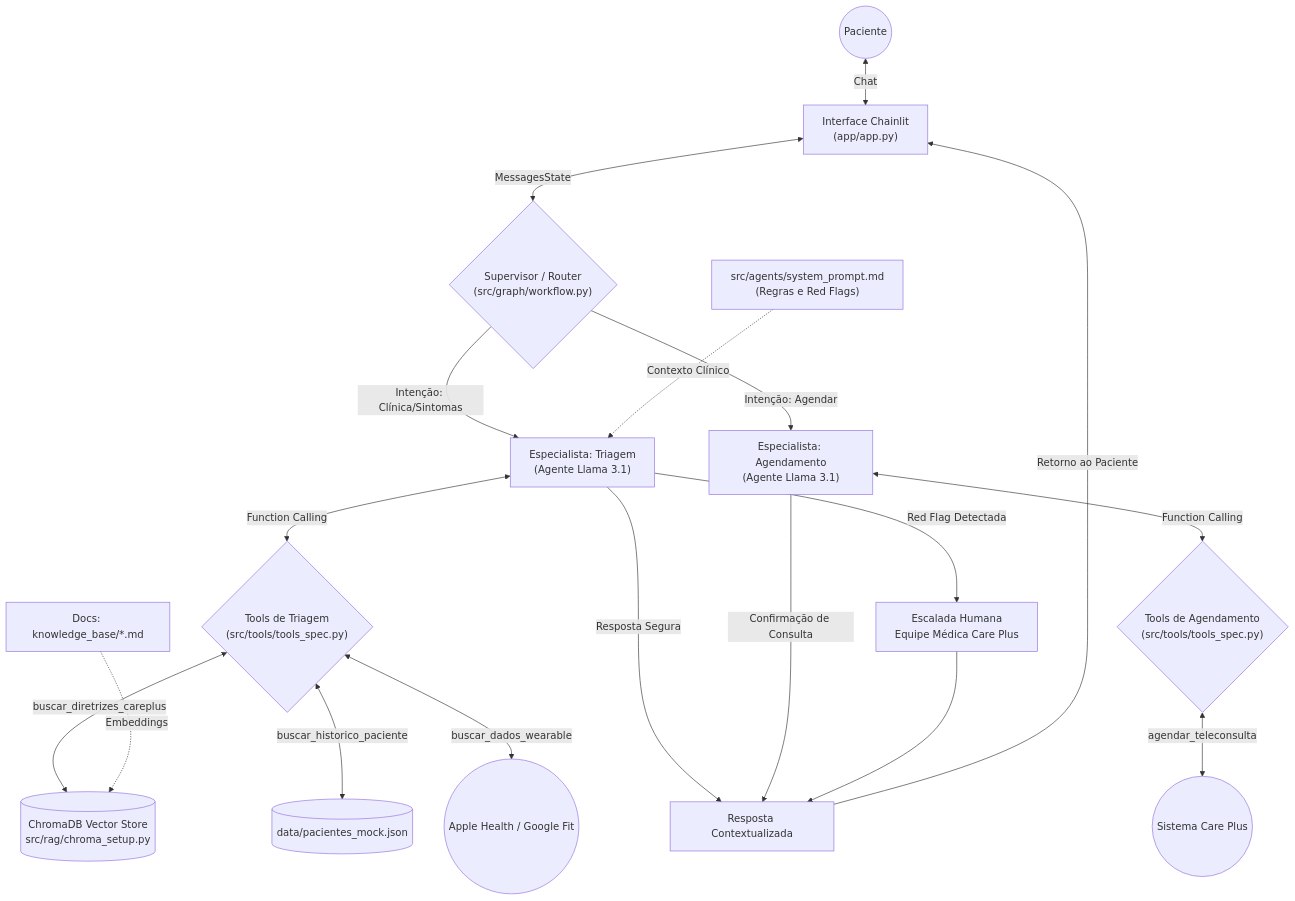
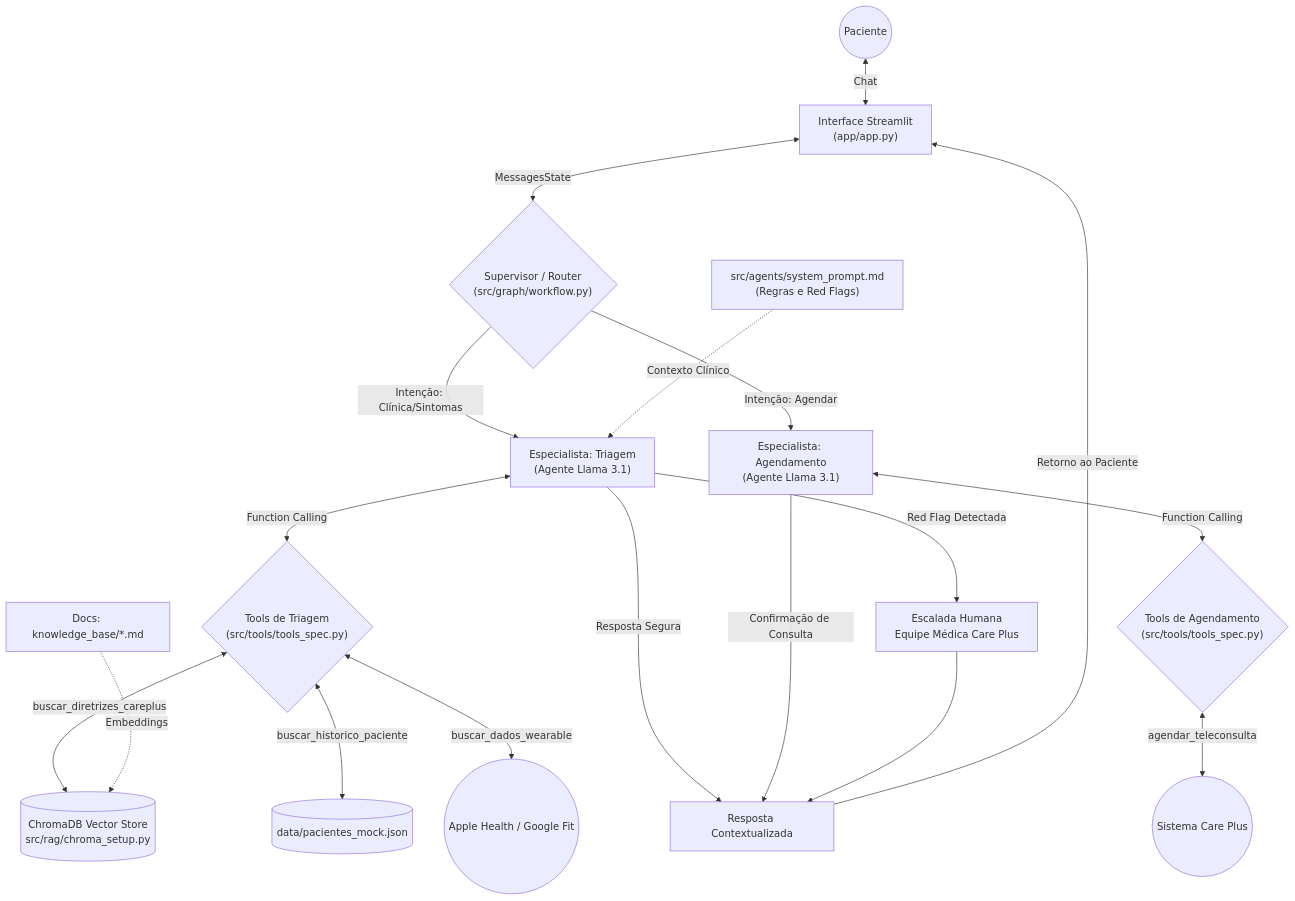
One commit to juiyya/BluaDiagnostics-Sprint4 changed the diagram in docs/arquitetura.md. Above: the diagram before and after it, drawn with Mermaid. The commit also changed 9 other files, not shown here.

````diff
--- a/docs/arquitetura.md
+++ b/docs/arquitetura.md
@@ -1,37 +1,37 @@
 ```mermaid
 flowchart TD
     %% 1. User Interaction
-    User((Paciente)) <-->|Chat| App["Interface Chainlit<br>(app/app.py)"]
+    User((Paciente)) <-->|Chat| App["Interface Streamlit<br>(app/app.py)"]
 
     %% 2. LangGraph Entry
     App <-->|MessagesState| Supervisor{"Supervisor / Router<br>(src/graph/workflow.py)"}
 
     %% 3. Multi-Agent Routing (Llama 3.1)
     Supervisor -->|Intenção: Clínica/Sintomas| AgenteTriagem["Especialista: Triagem<br>(Agente Llama 3.1)"]
     Supervisor -->|Intenção: Agendar| AgenteAgendamento["Especialista: Agendamento<br>(Agente Llama 3.1)"]
 
     %% 4. System Prompt & Guardrails
     SysPrompt["src/agents/system_prompt.md<br>(Regras e Red Flags)"] -.->|Contexto Clínico| AgenteTriagem
 
     %% 5. Tools - Agente de Triagem
     AgenteTriagem <-->|Function Calling| ToolsTriagem{"Tools de Triagem<br>(src/tools/tools_spec.py)"}
     
     ToolsTriagem <-->|buscar_diretrizes_careplus| RAG[(ChromaDB Vector Store<br>src/rag/chroma_setup.py)]
     ToolsTriagem <-->|buscar_historico_paciente| MockDB[(data/pacientes_mock.json)]
     ToolsTriagem <-->|buscar_dados_wearable| Wearable((Apple Health / Google Fit))
 
     %% Ingestão RAG (Background)
     KB_Docs[Docs: knowledge_base/*.md] -.->|Embeddings| RAG
 
     %% 6. Tools - Agente de Agendamento
     AgenteAgendamento <-->|Function Calling| ToolsAgendamento{"Tools de Agendamento<br>(src/tools/tools_spec.py)"}
     ToolsAgendamento <-->|agendar_teleconsulta| Agenda((Sistema Care Plus))
 
     %% 7. Resposta e Escalada
     AgenteTriagem -->|Red Flag Detectada| Escalada["Escalada Humana<br>Equipe Médica Care Plus"]
     AgenteTriagem -->|Resposta Segura| Output[Resposta Contextualizada]
     AgenteAgendamento -->|Confirmação de Consulta| Output
     
     Escalada --> Output
     Output -->|Retorno ao Paciente| App
 ```
````
